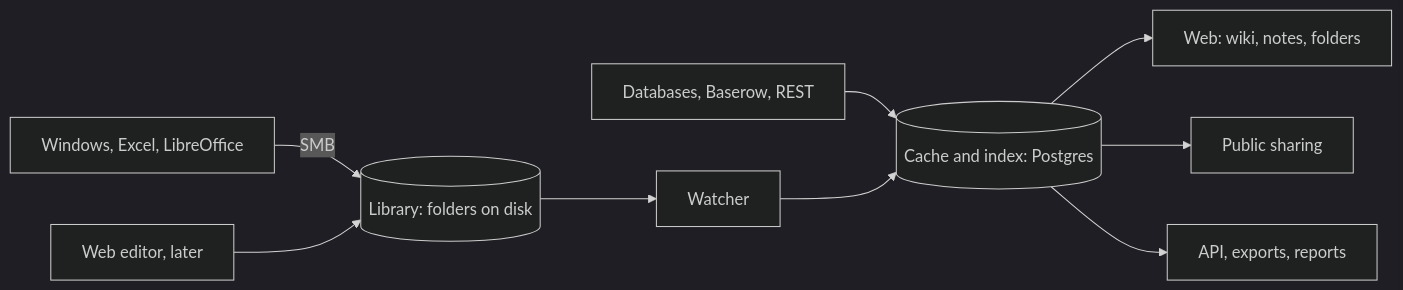
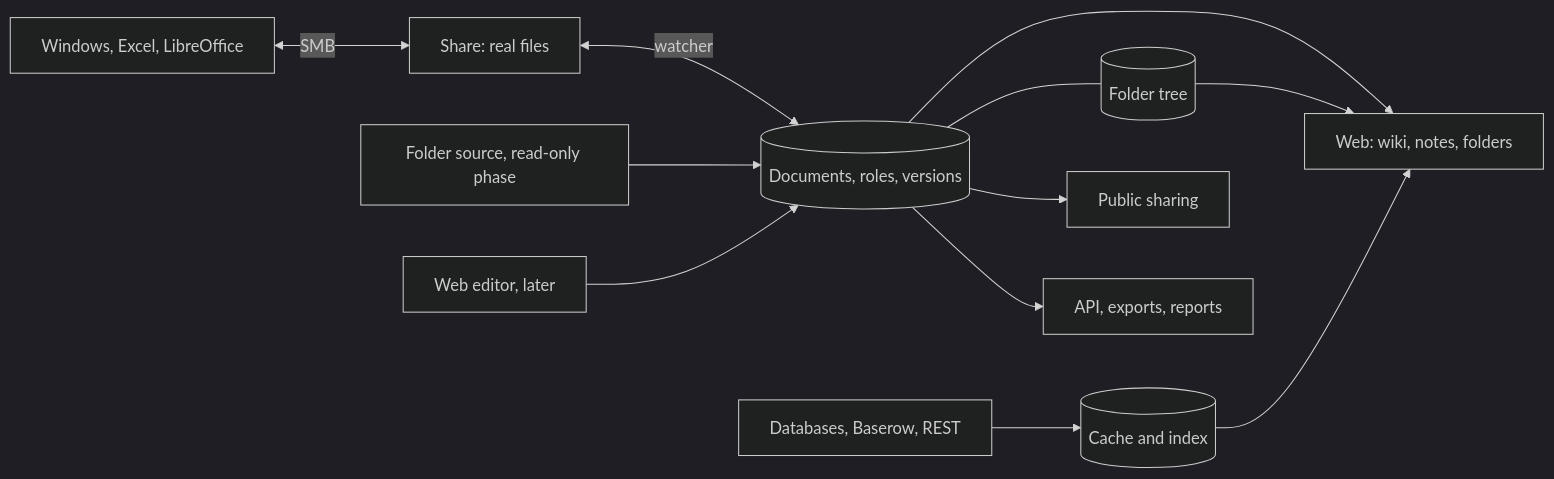
The diagram in docs/concept.md (Ollornog/UnderDoc), drawn with Mermaid (dark theme) before and after one commit. The commit also changed other lines of this file and 11 other files, not shown here.

First line of the commit message:
Separate documents from the folder tree (#3)

````diff
--- a/docs/concept.md
+++ b/docs/concept.md
@@ -12,10 +20,14 @@
 ```mermaid
 flowchart LR
-    win[Windows, Excel, LibreOffice] -- SMB --> lib[(Library: folders on disk)]
-    editor[Web editor, later] --> lib
-    ext[Databases, Baserow, REST] --> cache[(Cache and index: Postgres)]
-    lib --> watch[Watcher] --> cache
-    cache --> web[Web: wiki, notes, folders]
-    cache --> share[Public sharing]
-    cache --> out[API, exports, reports]
+    win[Windows, Excel, LibreOffice] <-- SMB --> share[Share: real files]
+    share <-- watcher --> docs
+    folder[Folder source, read-only phase] --> docs
+    editor[Web editor, later] --> docs
+    docs[(Documents, roles, versions)] --- tree[(Folder tree)]
+    ext[Databases, Baserow, REST] --> cache[(Cache and index)]
+    docs --> web[Web: wiki, notes, folders]
+    tree --> web
+    cache --> web
+    docs --> public[Public sharing]
+    docs --> out[API, exports, reports]
 ```
````
